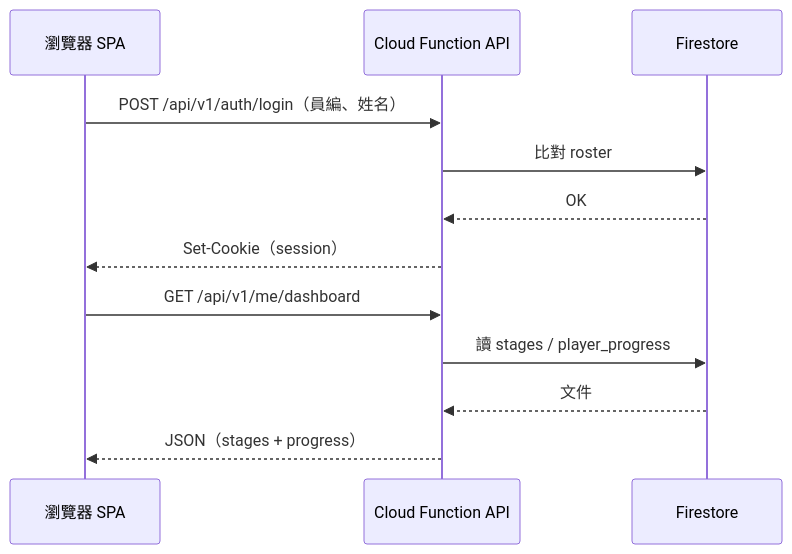
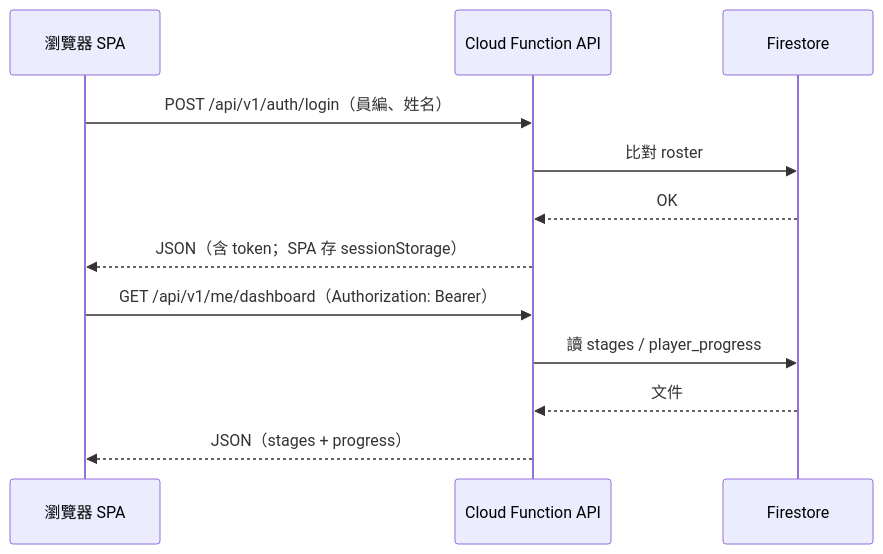
The sixth of 8 diagrams in docs/architecture/system-architecture.md (BrianChang1212/FamilyDay_GreenWorld), drawn with Mermaid before and after one commit. The commit also changed other lines of this file and 20 other files, not shown here.

````diff
--- a/docs/architecture/system-architecture.md
+++ b/docs/architecture/system-architecture.md
@@ -171,16 +171,16 @@
 ```mermaid
 sequenceDiagram
   participant B as 瀏覽器 SPA
   participant API as Cloud Function API
   participant FS as Firestore
 
   B->>API: POST /api/v1/auth/login（員編、姓名）
   API->>FS: 比對 roster
   FS-->>API: OK
-  API-->>B: Set-Cookie（session）
+  API-->>B: JSON（含 token；SPA 存 sessionStorage）
 
-  B->>API: GET /api/v1/me/dashboard
+  B->>API: GET /api/v1/me/dashboard（Authorization: Bearer）
   API->>FS: 讀 stages / player_progress
   FS-->>API: 文件
   API-->>B: JSON（stages + progress）
 ```
````
